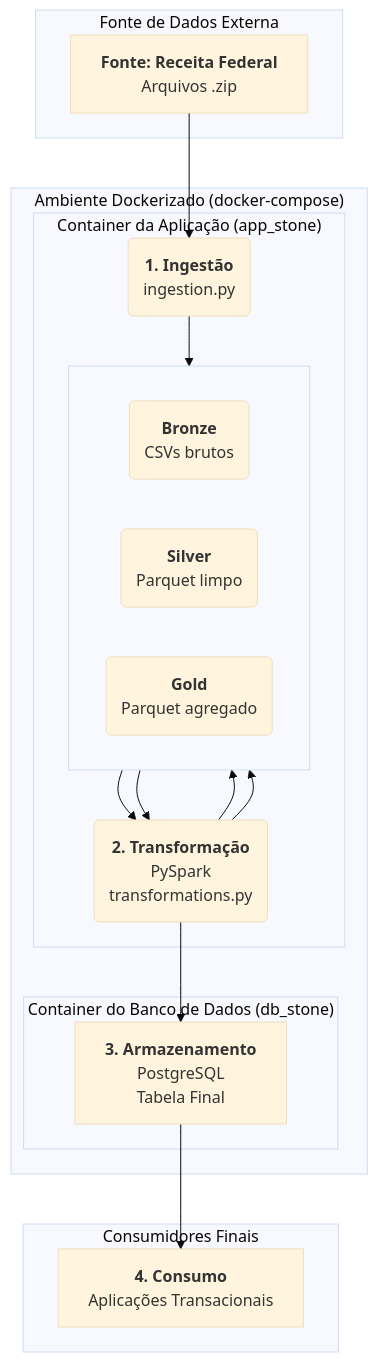
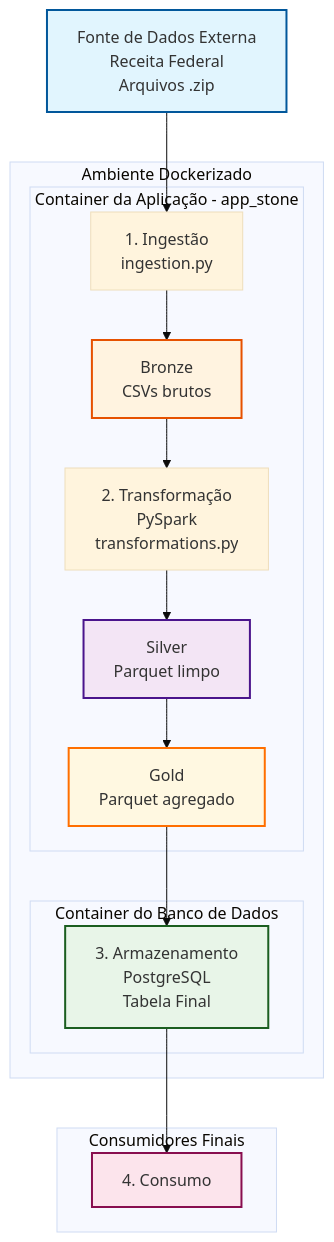
Before and after one commit to gmendes-eng/desafio-data-engineer-receita-federal: the diagram in README.md, drawn with Mermaid (base theme).

Commit message:
Atualização da documentação e instruções

````diff
--- a/README.md
+++ b/README.md
@@ -16,39 +16,44 @@
 ```mermaid
-graph TD;
-    subgraph "Fonte de Dados Externa"
-        A["<b>Fonte: Receita Federal</b><br>Arquivos .zip"]
+graph TD
+    %% Fonte de Dados Externa
+    A[Fonte de Dados Externa<br/>Receita Federal<br/>Arquivos .zip] --> B
+
+    %% Container da Aplicação (Dockerizado)
+    subgraph Docker ["Ambiente Dockerizado"]
+        subgraph AppContainer ["Container da Aplicação - app_stone"]
+            B[1. Ingestão<br/>ingestion.py] --> C[Bronze<br/>CSVs brutos]
+            C --> D[2. Transformação<br/>PySpark<br/>transformations.py]
+            
+            D --> E[Silver<br/>Parquet limpo]
+            E --> F[Gold<br/>Parquet agregado]
+        end
+        
+        subgraph DBContainer ["Container do Banco de Dados"]
+            G[3. Armazenamento<br/>PostgreSQL<br/>Tabela Final]
+        end
+        
+        F --> G
     end
+    
+    %% Consumidores Finais
+    subgraph Consumers ["Consumidores Finais"]
+        H[4. Consumo]
+    end
+    
+    G --> H
 
-    subgraph "Ambiente Dockerizado (docker-compose)"
-        subgraph "Container da Aplicação (app_stone)"
-            B("<b>1. Ingestão</b><br>ingestion.py")
-            
-            subgraph " "
-                direction LR
-                C("<b>Bronze</b><br>CSVs brutos")
-                D("<b>Silver</b><br>Parquet limpo")
-                E("<b>Gold</b><br>Parquet agregado")
-            end
-
-            F("<b>2. Transformação</b><br>PySpark<br>transformations.py")
-        end
-
-        subgraph "Container do Banco de Dados (db_stone)"
-            G["<b>3. Armazenamento</b><br>PostgreSQL<br>Tabela Final"]
-        end
-    end
-
-    subgraph "Consumidores Finais"
-        H["<b>4. Consumo</b><br>Aplicações Transacionais"]
-    end
-
-    %% Fluxo do Pipeline
-    A --> B;
-    B --> C;
-    C --> F;
-    F --> D;
-    D --> F;
-    F --> E;
-    F --> G;
-    G --> H;
+    %% Estilos
+    classDef external fill:#e1f5fe,stroke:#01579b,stroke-width:2px
+    classDef bronze fill:#fff3e0,stroke:#e65100,stroke-width:2px
+    classDef silver fill:#f3e5f5,stroke:#4a148c,stroke-width:2px
+    classDef gold fill:#fff8e1,stroke:#ff6f00,stroke-width:2px
+    classDef database fill:#e8f5e8,stroke:#1b5e20,stroke-width:2px
+    classDef consumer fill:#fce4ec,stroke:#880e4f,stroke-width:2px
+    
+    class A external
+    class C bronze
+    class E silver
+    class F gold
+    class G database
+    class H consumer
 ```
````
